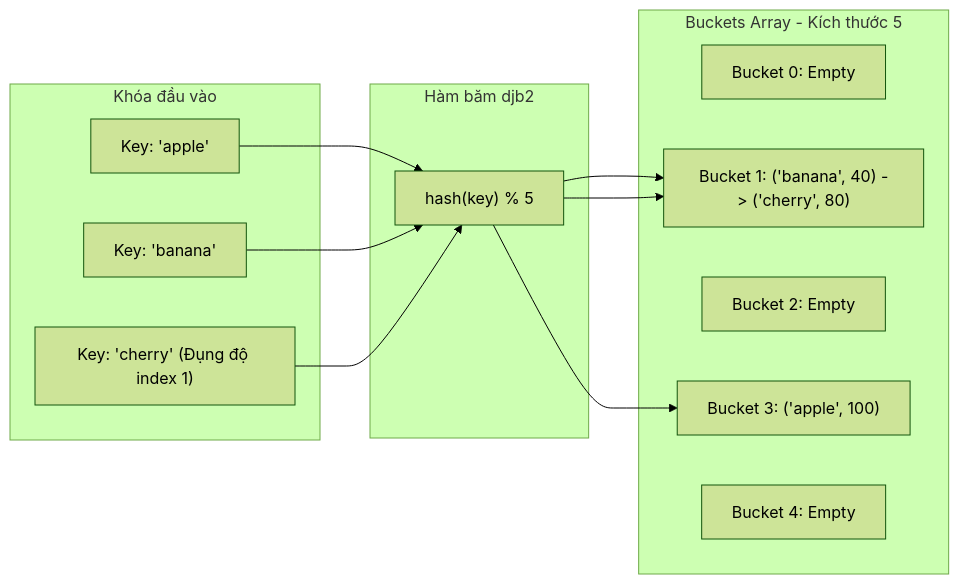
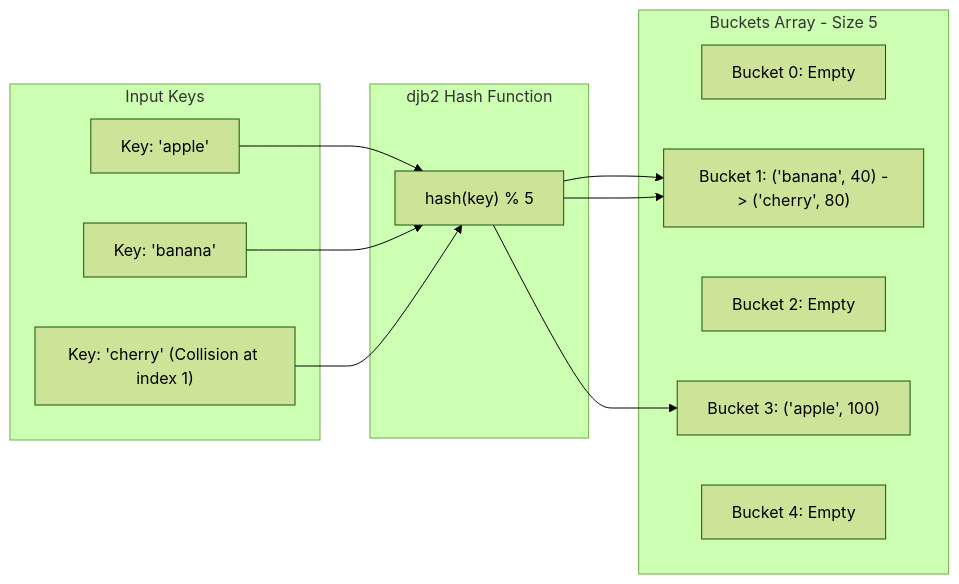
The diagram in src/data/blog/en/34-2026-06-04-hash-table-hashing-collision-resolution-chaining-open-addressing-cpp.md (ga2631/ga2631.github.io), drawn with Mermaid (forest theme) before and after one commit. The commit also changed other lines of this file and 74 other files, not shown here.

````diff
--- a/src/data/blog/en/34-2026-06-04-hash-table-hashing-collision-resolution-chaining-open-addressing-cpp.md
+++ b/src/data/blog/en/34-2026-06-04-hash-table-hashing-collision-resolution-chaining-open-addressing-cpp.md
@@ -49,22 +49,22 @@
 ```mermaid
 flowchart LR
-    subgraph Keys [Khóa đầu vào]
+    subgraph Keys [Input Keys]
         K1["Key: 'apple'"]
         K2["Key: 'banana'"]
-        K3["Key: 'cherry' (Đụng độ index 1)"]
+        K3["Key: 'cherry' (Collision at index 1)"]
     end
-    subgraph HashFunc [Hàm băm djb2]
+    subgraph HashFunc [djb2 Hash Function]
         HF["hash(key) % 5"]
     end
-    subgraph Buckets [Buckets Array - Kích thước 5]
+    subgraph Buckets [Buckets Array - Size 5]
         B0["Bucket 0: Empty"]
         B1["Bucket 1: ('banana', 40) -> ('cherry', 80)"]
         B2["Bucket 2: Empty"]
         B3["Bucket 3: ('apple', 100)"]
         B4["Bucket 4: Empty"]
     end
 
     K1 --> HF --> B3
     K2 --> HF --> B1
     K3 --> HF --> B1
 ```
````
